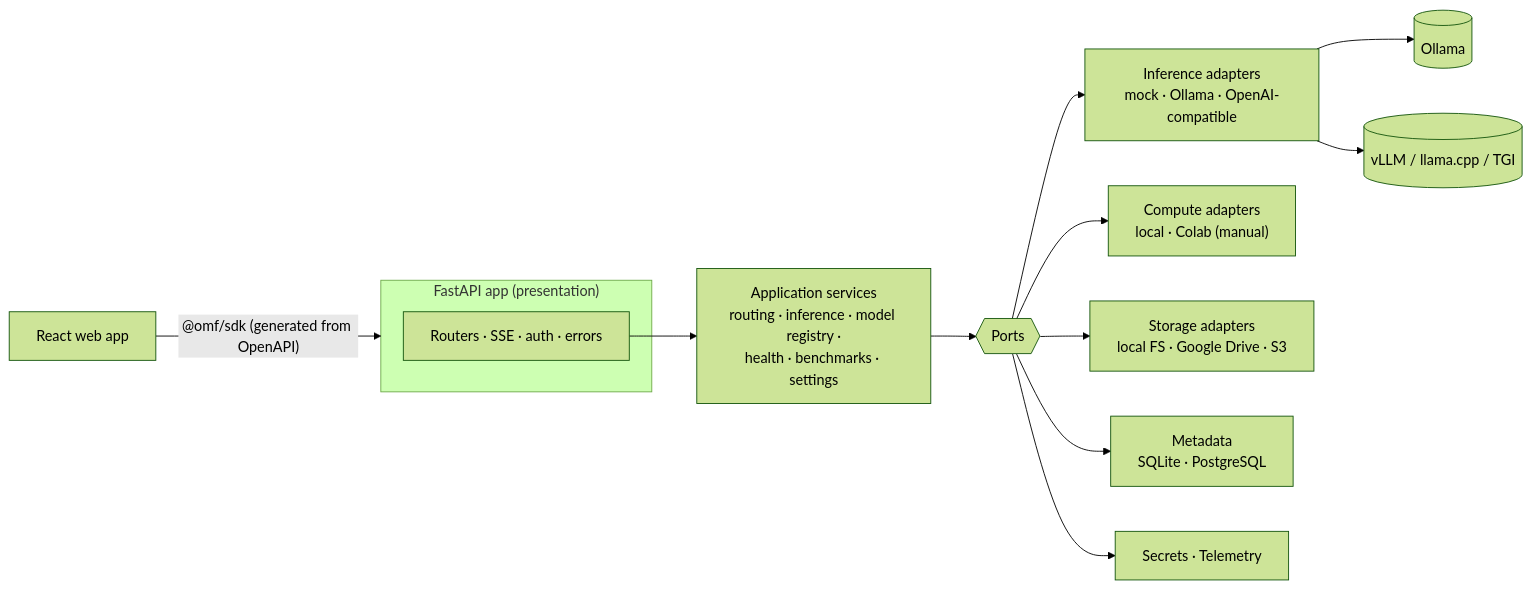
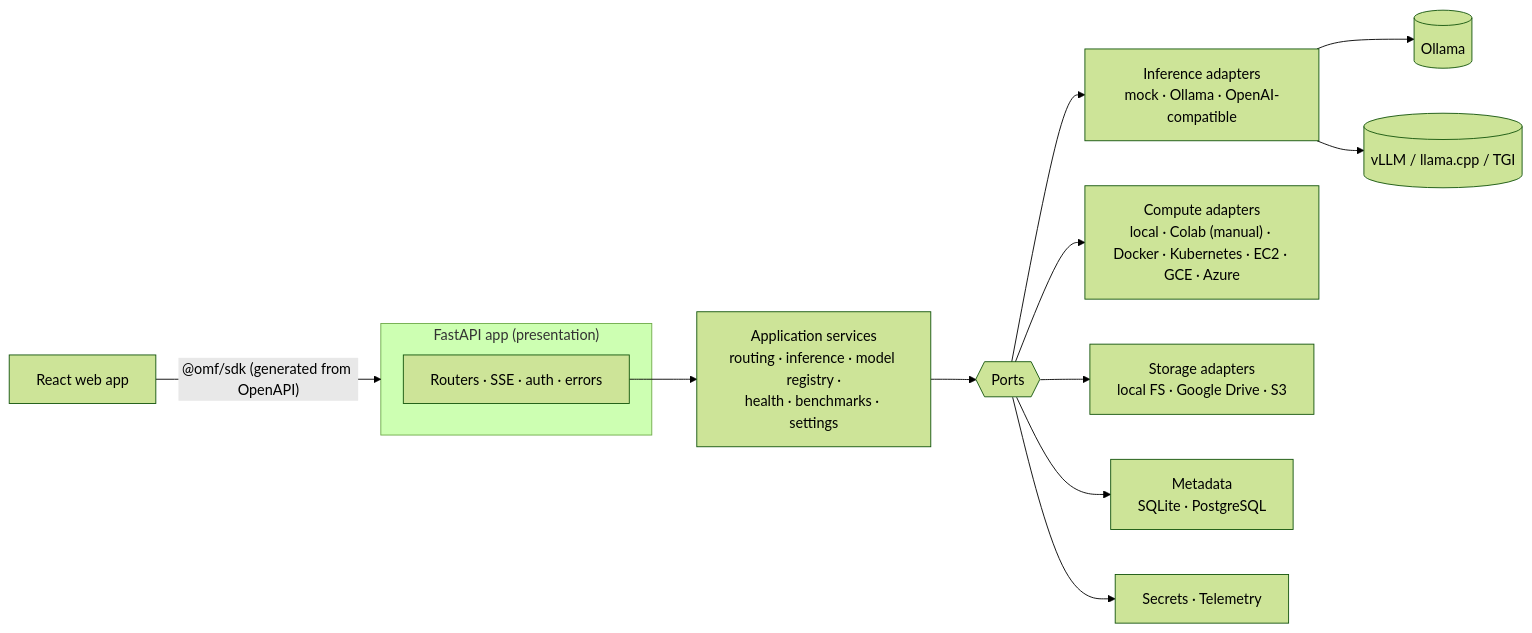
Before and after one commit to findajay/Open-model-fabric: the diagram in README.md, drawn with Mermaid (forest theme). The commit also changed other lines of this file and 33 other files, not shown here.

````diff
--- a/README.md
+++ b/README.md
@@ -45,15 +45,15 @@
 ```mermaid
 flowchart LR
   UI[React web app] -->|"@omf/sdk (generated from OpenAPI)"| API
   subgraph API["FastAPI app (presentation)"]
     R[Routers · SSE · auth · errors]
   end
   R --> S["Application services<br/>routing · inference · model registry ·<br/>health · benchmarks · settings"]
   S --> P{{Ports}}
   P --> I["Inference adapters<br/>mock · Ollama · OpenAI-compatible"]
-  P --> C["Compute adapters<br/>local · Colab (manual)"]
+  P --> C["Compute adapters<br/>local · Colab (manual) · Docker · Kubernetes · EC2 · GCE · Azure"]
   P --> St["Storage adapters<br/>local FS · Google Drive · S3"]
   P --> M["Metadata<br/>SQLite · PostgreSQL"]
   P --> X["Secrets · Telemetry"]
   I --> E1[(Ollama)] & E2[(vLLM / llama.cpp / TGI)]
 ```
````
